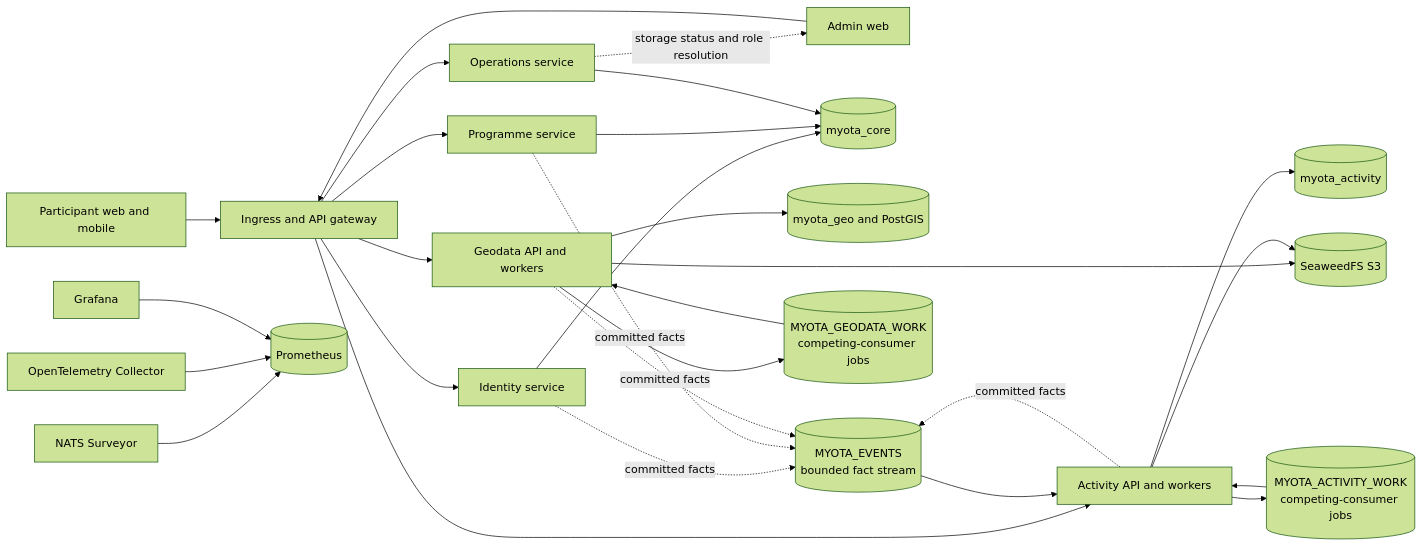
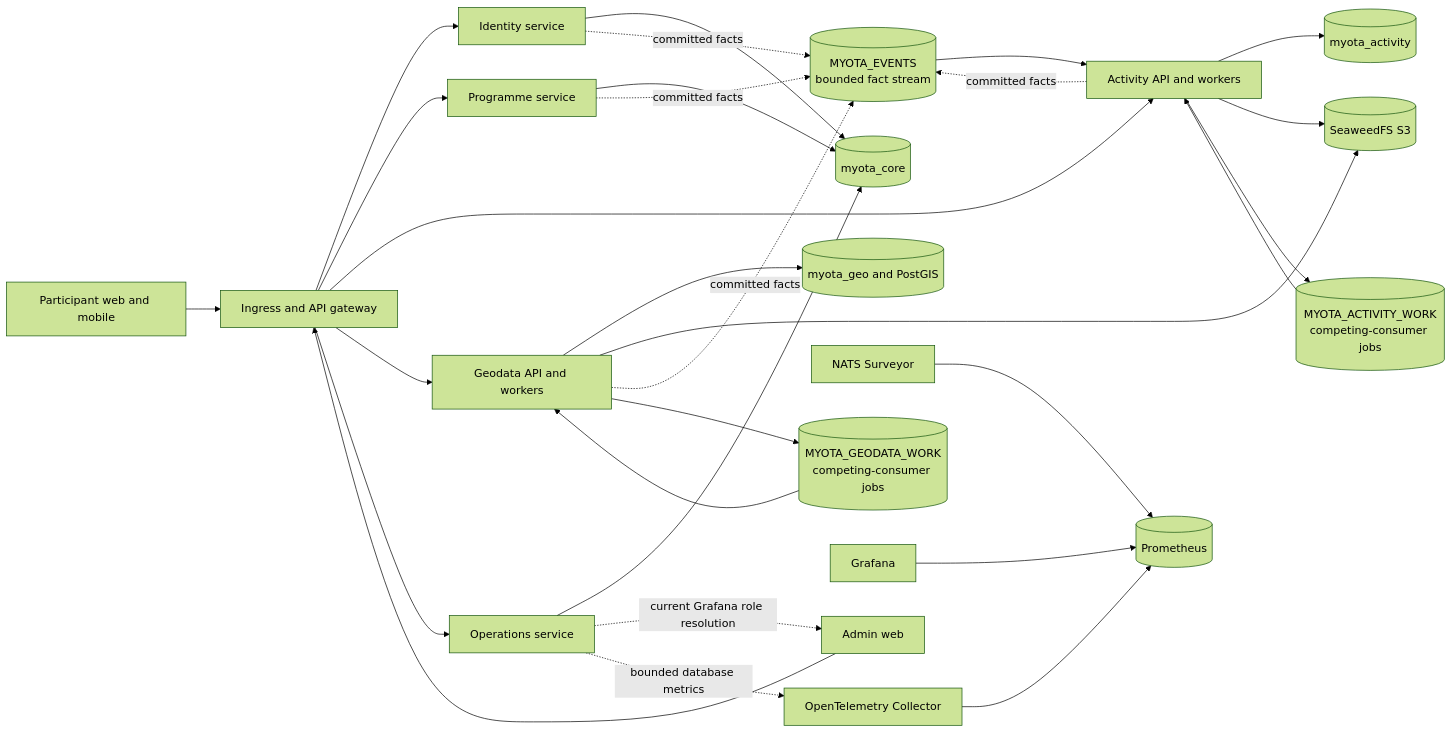
One commit to myota-platform/myota-docs changed the diagram in docs/architecture/diagrams/service-boundaries.md. Above: the diagram before and after it, drawn with Mermaid (forest theme). The commit also changed other lines of this file and 15 other files, not shown here.

````diff
--- a/docs/architecture/diagrams/service-boundaries.md
+++ b/docs/architecture/diagrams/service-boundaries.md
@@ -7,53 +7,54 @@
 ```mermaid
 flowchart LR
   Participant[Participant web and mobile]
   Admin[Admin web]
   Gateway[Ingress and API gateway]
   Identity[Identity service]
   Programme[Programme service]
   Activity[Activity API and workers]
   Geodata[Geodata API and workers]
   Operations[Operations service]
   Core[(myota_core)]
   ActivityDB[(myota_activity)]
   GeoDB[(myota_geo and PostGIS)]
   Objects[(SeaweedFS S3)]
   Events[(MYOTA_EVENTS<br/>bounded fact stream)]
   ActivityWork[(MYOTA_ACTIVITY_WORK<br/>competing-consumer jobs)]
   GeoWork[(MYOTA_GEODATA_WORK<br/>competing-consumer jobs)]
   Surveyor[NATS Surveyor]
   Prometheus[(Prometheus)]
   Collector[OpenTelemetry Collector]
   Grafana[Grafana]
 
   Participant --> Gateway
   Admin --> Gateway
   Gateway --> Identity
   Gateway --> Programme
   Gateway --> Activity
   Gateway --> Geodata
   Gateway --> Operations
 
   Identity --> Core
   Programme --> Core
   Operations --> Core
   Activity --> ActivityDB
   Geodata --> GeoDB
   Geodata --> Objects
   Activity --> Objects
 
   Identity -. committed facts .-> Events
   Programme -. committed facts .-> Events
   Activity -. committed facts .-> Events
   Geodata -. committed facts .-> Events
   Activity --> ActivityWork
   Geodata --> GeoWork
   ActivityWork --> Activity
   GeoWork --> Geodata
   Events --> Activity
 
   Surveyor --> Prometheus
   Collector --> Prometheus
-  Operations -. storage status and role resolution .-> Admin
+  Operations -. current Grafana role resolution .-> Admin
+  Operations -. bounded database metrics .-> Collector
   Grafana --> Prometheus
 ```
````
